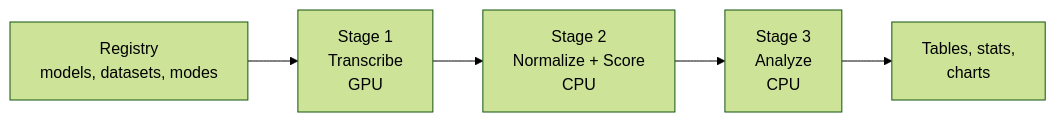
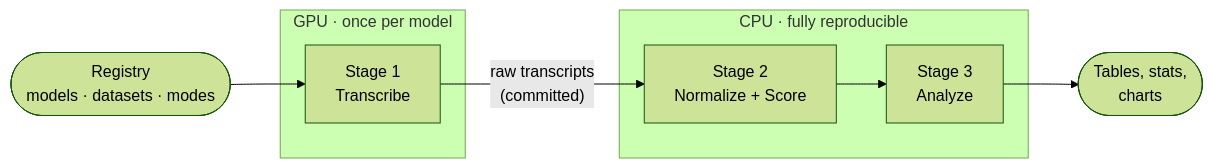
One commit to theshivam7/indian-asr-bench changed the diagram in README.md. Above: the diagram before and after it, drawn with Mermaid (forest theme). The commit also changed other lines of this file and 10 other files, not shown here.

````diff
--- a/README.md
+++ b/README.md
@@ -72,7 +89,15 @@
 ```mermaid
 flowchart LR
-    A["Registry<br>models, datasets, modes"] --> B["Stage 1<br>Transcribe<br>GPU"]
-    B --> C["Stage 2<br>Normalize + Score<br>CPU"]
-    C --> D["Stage 3<br>Analyze<br>CPU"]
-    D --> E["Tables, stats,<br>charts"]
+    R(["Registry<br/>models · datasets · modes"]) --> S1
+
+    subgraph GPU["GPU · once per model"]
+        S1["Stage 1<br/>Transcribe"]
+    end
+
+    subgraph CPU["CPU · fully reproducible"]
+        S2["Stage 2<br/>Normalize + Score"] --> S3["Stage 3<br/>Analyze"]
+    end
+
+    S1 -- "raw transcripts<br/>(committed)" --> S2
+    S3 --> O(["Tables, stats,<br/>charts"])
 ```
````
